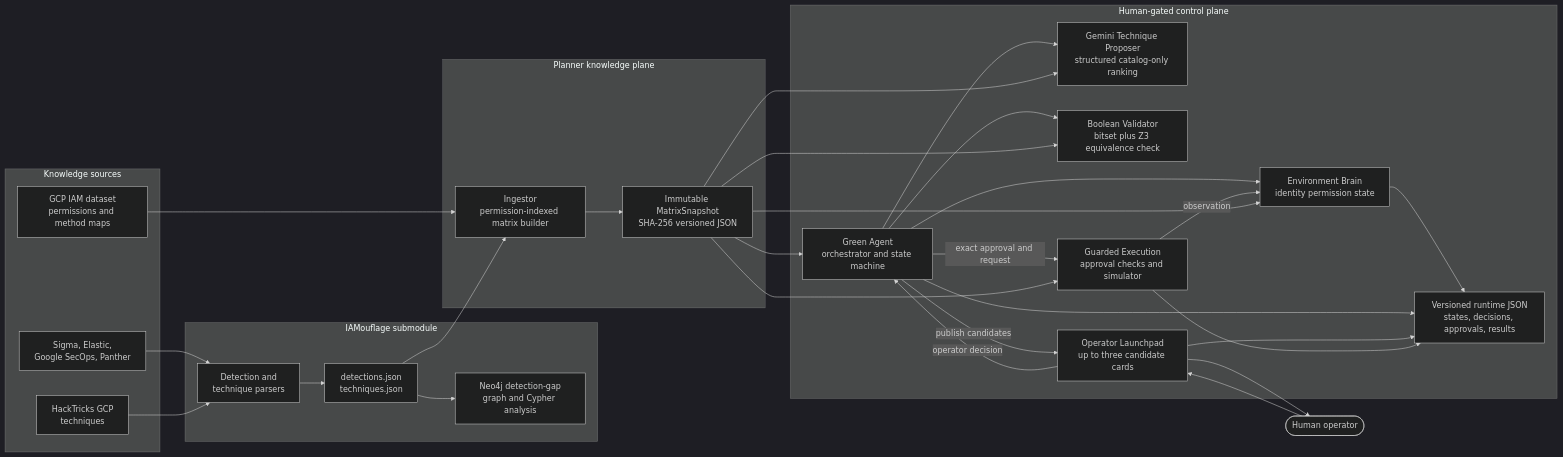
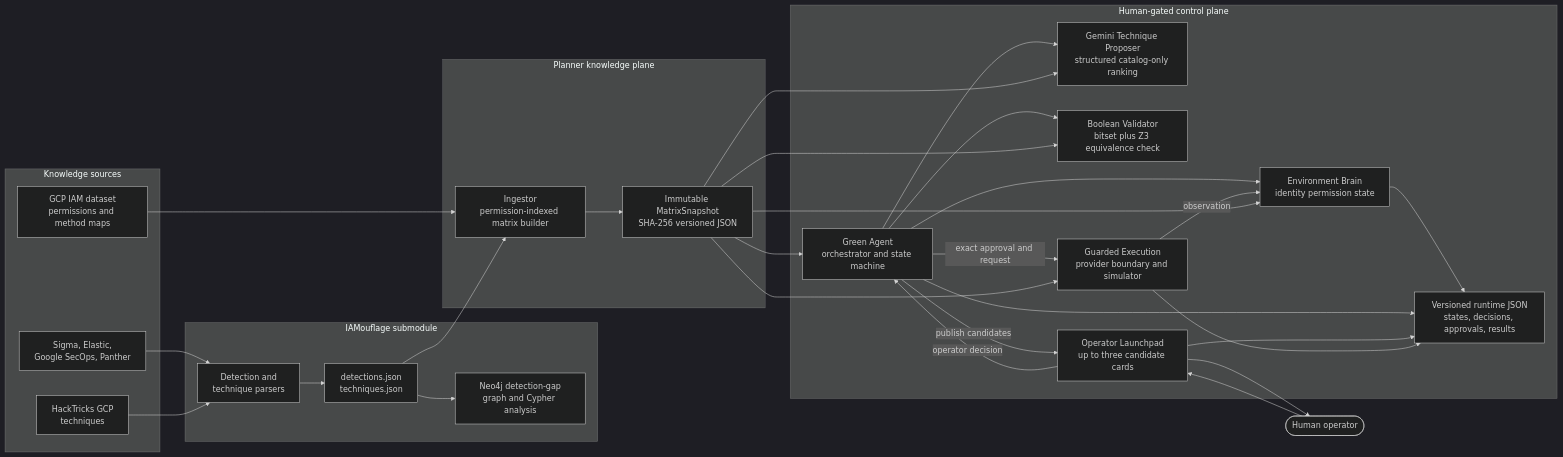
The first of 2 diagrams in code/README.md (moabid42/Verisentinel), drawn with Mermaid (dark theme) before and after one commit. The commit also changed other lines of this file and 3 other files, not shown here.

````diff
--- a/code/README.md
+++ b/code/README.md
@@ -18,55 +18,55 @@
 ```mermaid
 flowchart LR
     subgraph Sources[Knowledge sources]
         IAMData["GCP IAM dataset<br/>permissions and method maps"]
         RuleCorpora["Sigma, Elastic,<br/>Google SecOps, Panther"]
         Techniques["HackTricks GCP<br/>techniques"]
     end
 
     subgraph IAMouflageProject[IAMouflage submodule]
         IAMParser["Detection and<br/>technique parsers"]
         Graph["Neo4j detection-gap<br/>graph and Cypher analysis"]
         Exports["detections.json<br/>techniques.json"]
         IAMParser --> Exports --> Graph
     end
 
     subgraph KnowledgePlane[Planner knowledge plane]
         Ingestor["Ingestor<br/>permission-indexed matrix builder"]
         Snapshot["Immutable MatrixSnapshot<br/>SHA-256 versioned JSON"]
         Ingestor --> Snapshot
     end
 
     subgraph ControlPlane[Human-gated control plane]
         Green["Green Agent<br/>orchestrator and state machine"]
         Environment["Environment Brain<br/>identity permission state"]
         Proposer["Gemini Technique Proposer<br/>structured catalog-only ranking"]
         Validator["Boolean Validator<br/>bitset plus Z3 equivalence check"]
         Launchpad["Operator Launchpad<br/>up to three candidate cards"]
-        Execution["Guarded Execution<br/>approval checks and simulator"]
+        Execution["Guarded Execution<br/>provider boundary and simulator"]
         Runtime["Versioned runtime JSON<br/>states, decisions, approvals, results"]
 
         Green --> Environment
         Green --> Proposer
         Green --> Validator
         Green -->|publish candidates| Launchpad
         Launchpad -->|operator decision| Green
         Green -->|exact approval and request| Execution
         Execution -->|observation| Environment
         Environment --> Runtime
         Green --> Runtime
         Launchpad --> Runtime
         Execution --> Runtime
     end
 
     RuleCorpora --> IAMParser
     Techniques --> IAMParser
     IAMData --> Ingestor
     Exports --> Ingestor
     Snapshot --> Green
     Snapshot --> Environment
     Snapshot --> Proposer
     Snapshot --> Validator
     Snapshot --> Execution
     Operator([Human operator]) --> Launchpad
     Launchpad --> Operator
 ```
````
